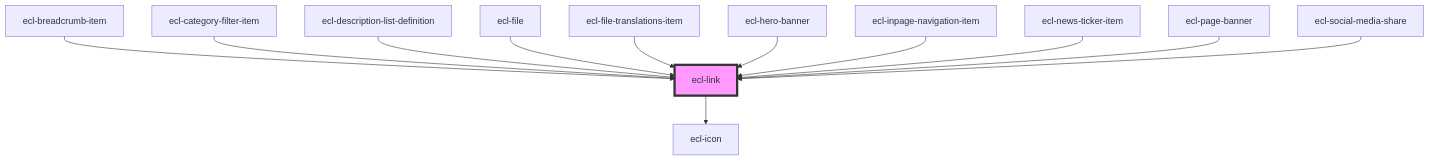
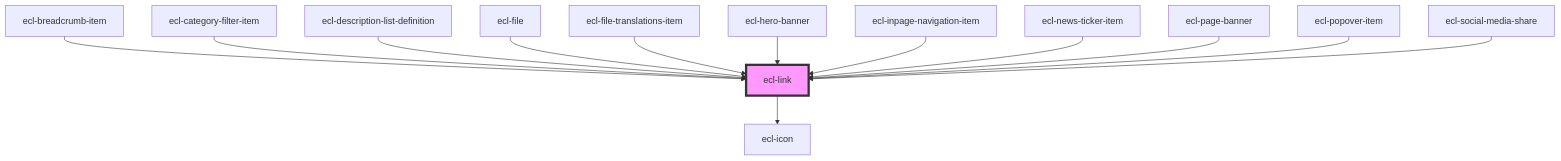
Before and after one commit to ec-europa/ecl-webcomponents: the diagram in src/components/ecl-link/readme.md, drawn with Mermaid. The commit also changed other lines of this file and 15 other files, not shown here.

````diff
--- a/src/components/ecl-link/readme.md
+++ b/src/components/ecl-link/readme.md
@@ -40,15 +41,16 @@
 ```mermaid
 graph TD;
   ecl-link --> ecl-icon
   ecl-breadcrumb-item --> ecl-link
   ecl-category-filter-item --> ecl-link
   ecl-description-list-definition --> ecl-link
   ecl-file --> ecl-link
   ecl-file-translations-item --> ecl-link
   ecl-hero-banner --> ecl-link
   ecl-inpage-navigation-item --> ecl-link
   ecl-news-ticker-item --> ecl-link
   ecl-page-banner --> ecl-link
+  ecl-popover-item --> ecl-link
   ecl-social-media-share --> ecl-link
   style ecl-link fill:#f9f,stroke:#333,stroke-width:4px
 ```
````
